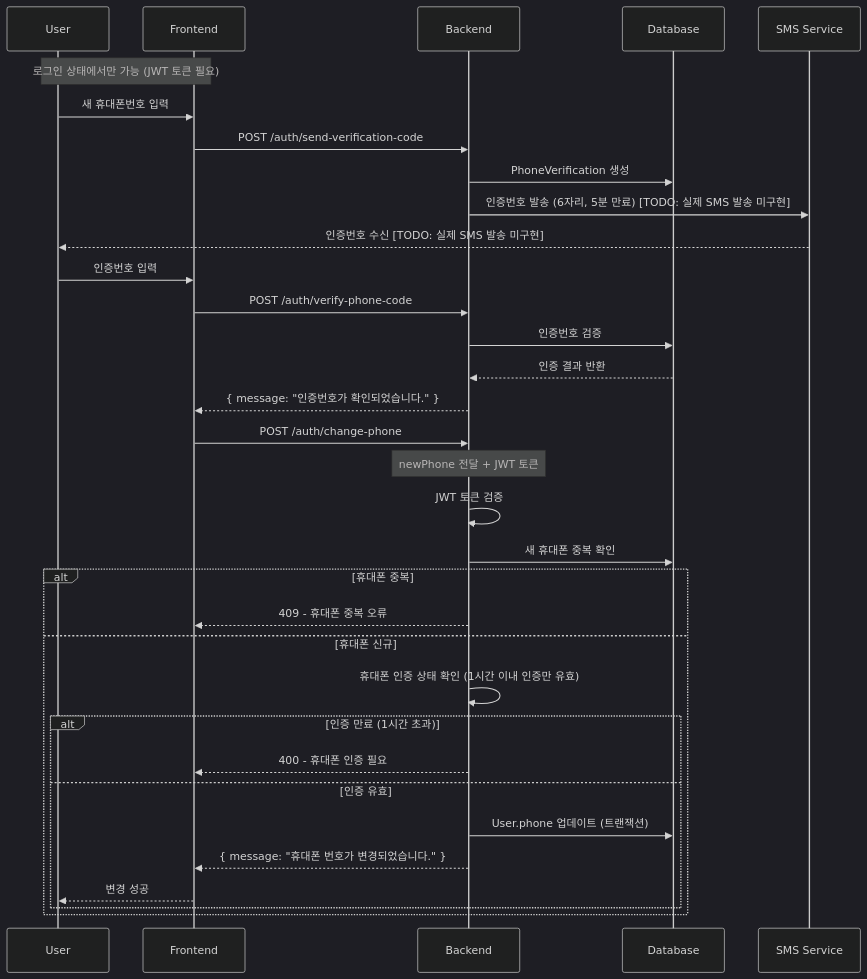
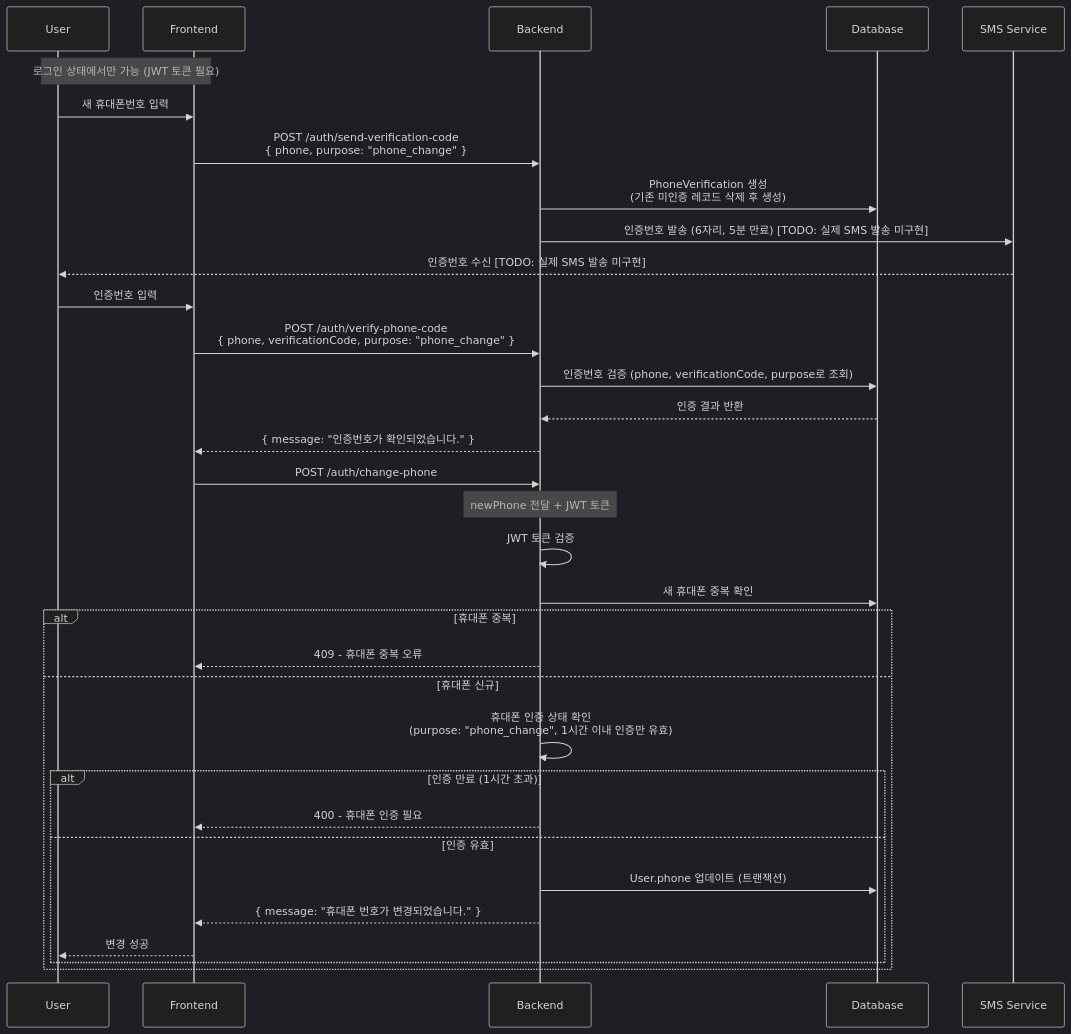
Before and after one commit to picake-team/picake-engineering-backend: the seventh of 9 diagrams in docs/common/feature/통합 인증 - 가이드.md, drawn with Mermaid (dark theme). The commit also changed other lines of this file and 13 other files, not shown here.

````diff
--- a/docs/common/feature/통합 인증 - 가이드.md
+++ b/docs/common/feature/통합 인증 - 가이드.md
@@ -288,40 +288,40 @@
 ```mermaid
 sequenceDiagram
     participant U as User
     participant F as Frontend
     participant B as Backend
     participant DB as Database
     participant SMS as SMS Service
 
     Note over U,F: 로그인 상태에서만 가능 (JWT 토큰 필요)
 
     U->>F: 새 휴대폰번호 입력
-    F->>B: POST /auth/send-verification-code
-    B->>DB: PhoneVerification 생성
+    F->>B: POST /auth/send-verification-code<br/>{ phone, purpose: "phone_change" }
+    B->>DB: PhoneVerification 생성<br/>(기존 미인증 레코드 삭제 후 생성)
     B->>SMS: 인증번호 발송 (6자리, 5분 만료) [TODO: 실제 SMS 발송 미구현]
     SMS-->>U: 인증번호 수신 [TODO: 실제 SMS 발송 미구현]
 
     U->>F: 인증번호 입력
-    F->>B: POST /auth/verify-phone-code
-    B->>DB: 인증번호 검증
+    F->>B: POST /auth/verify-phone-code<br/>{ phone, verificationCode, purpose: "phone_change" }
+    B->>DB: 인증번호 검증 (phone, verificationCode, purpose로 조회)
     DB-->>B: 인증 결과 반환
     B-->>F: { message: "인증번호가 확인되었습니다." }
 
     F->>B: POST /auth/change-phone
     Note over B: newPhone 전달 + JWT 토큰
     B->>B: JWT 토큰 검증
     B->>DB: 새 휴대폰 중복 확인
 
     alt 휴대폰 중복
         B-->>F: 409 - 휴대폰 중복 오류
     else 휴대폰 신규
-        B->>B: 휴대폰 인증 상태 확인 (1시간 이내 인증만 유효)
+        B->>B: 휴대폰 인증 상태 확인<br/>(purpose: "phone_change", 1시간 이내 인증만 유효)
         alt 인증 만료 (1시간 초과)
             B-->>F: 400 - 휴대폰 인증 필요
         else 인증 유효
             B->>DB: User.phone 업데이트 (트랜잭션)
             B-->>F: { message: "휴대폰 번호가 변경되었습니다." }
             F-->>U: 변경 성공
         end
     end
 ```
````
